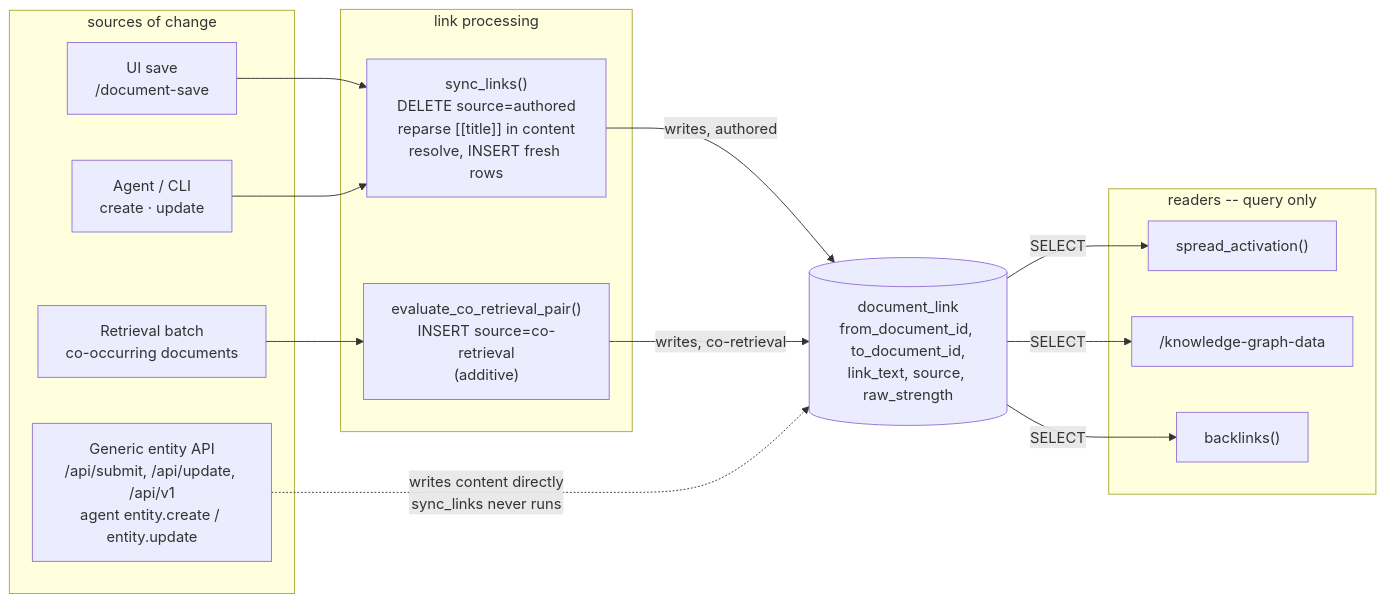
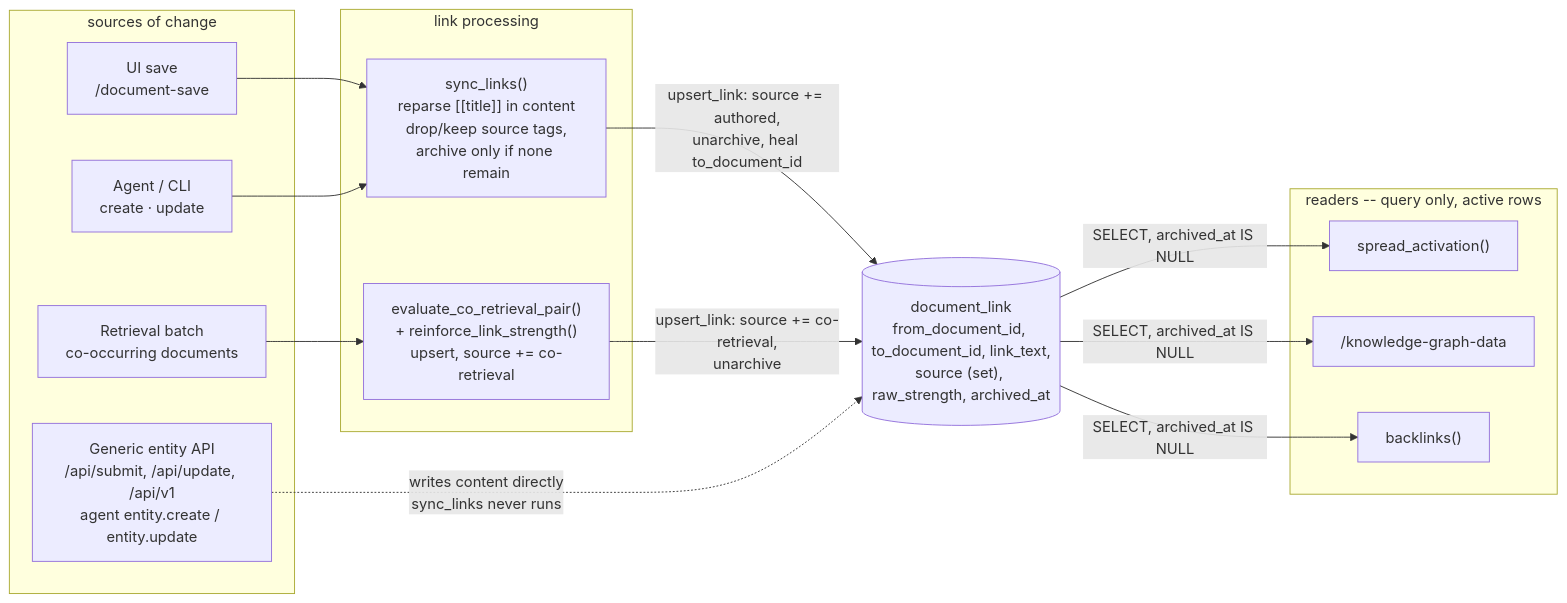
The diagram in doc/document-link-flow.md (BenSiv/daat), drawn with Mermaid before and after one commit. The commit also changed other lines of this file and 3 other files, not shown here.

````diff
--- a/doc/document-link-flow.md
+++ b/doc/document-link-flow.md
@@ -5,33 +5,33 @@
 ```mermaid
 flowchart LR
     subgraph SRC["sources of change"]
         A1["UI save<br/>/document-save"]
         A2["Agent / CLI<br/>create &middot; update"]
         A3["Generic entity API<br/>/api/submit, /api/update, /api/v1<br/>agent entity.create / entity.update"]
         A4["Retrieval batch<br/>co-occurring documents"]
     end
 
     subgraph PROC["link processing"]
-        P1["sync_links()<br/>DELETE source=authored<br/>reparse [[title]] in content<br/>resolve, INSERT fresh rows"]
-        P2["evaluate_co_retrieval_pair()<br/>INSERT source=co-retrieval<br/>(additive)"]
+        P1["sync_links()<br/>reparse [[title]] in content<br/>drop/keep source tags,<br/>archive only if none remain"]
+        P2["evaluate_co_retrieval_pair()<br/>+ reinforce_link_strength()<br/>upsert, source += co-retrieval"]
     end
 
-    T[("document_link<br/>from_document_id, to_document_id,<br/>link_text, source, raw_strength")]
+    T[("document_link<br/>from_document_id, to_document_id, link_text,<br/>source (set), raw_strength, archived_at")]
 
-    subgraph READ["readers -- query only"]
+    subgraph READ["readers -- query only, active rows"]
         R1["spread_activation()"]
         R2["/knowledge-graph-data"]
         R3["backlinks()"]
     end
 
     A1 --> P1
     A2 --> P1
     A4 --> P2
-    P1 -->|writes, authored| T
-    P2 -->|writes, co-retrieval| T
+    P1 -->|upsert_link: source += authored,<br/>unarchive, heal to_document_id| T
+    P2 -->|upsert_link: source += co-retrieval,<br/>unarchive| T
     A3 -.->|writes content directly<br/>sync_links never runs| T
 
-    T -->|SELECT| R1
-    T -->|SELECT| R2
-    T -->|SELECT| R3
+    T -->|SELECT, archived_at IS NULL| R1
+    T -->|SELECT, archived_at IS NULL| R2
+    T -->|SELECT, archived_at IS NULL| R3
 ```
````
